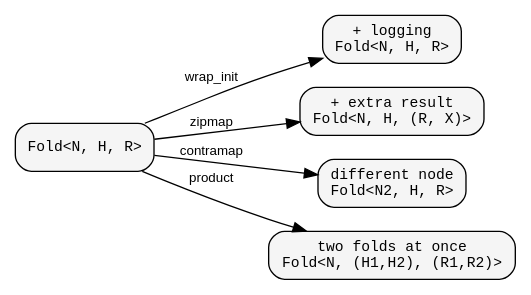
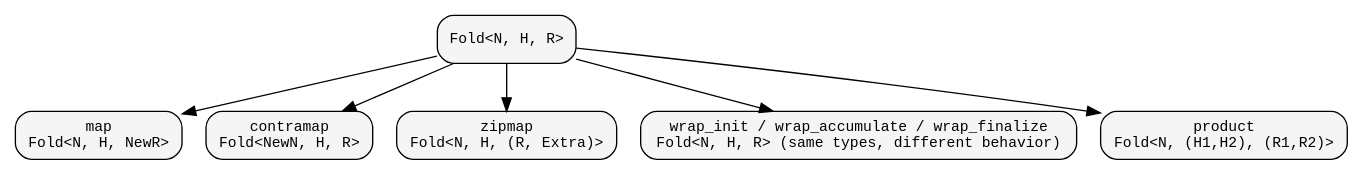
Before and after one commit to hylic-recursion/hylic-docs: the first of 2 diagrams in book/src/concepts/transforms.md, drawn with Graphviz. The commit also changed other lines of this file and 7 other files, not shown here.

````diff
--- a/book/src/concepts/transforms.md
+++ b/book/src/concepts/transforms.md
@@ -13,18 +16,16 @@
 ```dot process
 digraph {
-    rankdir=LR;
+    rankdir=TB;
     node [shape=box, style="rounded,filled", fillcolor="#f5f5f5", fontname="monospace", fontsize=11];
     edge [fontname="sans-serif", fontsize=10];
 
-    F1 [label="Fold<N, H, R>"];
-    F2 [label="+ logging\nFold<N, H, R>"];
-    F3 [label="+ extra result\nFold<N, H, (R, X)>"];
-    F4 [label="different node\nFold<N2, H, R>"];
-    F5 [label="two folds at once\nFold<N, (H1,H2), (R1,R2)>"];
+    F [label="Fold<N, H, R>"];
+    F1 [label="map\nFold<N, H, NewR>"];
+    F2 [label="contramap\nFold<NewN, H, R>"];
+    F3 [label="zipmap\nFold<N, H, (R, Extra)>"];
+    F4 [label="wrap_init / wrap_accumulate / wrap_finalize\nFold<N, H, R> (same types, different behavior)"];
+    F5 [label="product\nFold<N, (H1,H2), (R1,R2)>"];
 
-    F1 -> F2 [label="wrap_init"];
-    F1 -> F3 [label="zipmap"];
-    F1 -> F4 [label="contramap"];
-    F1 -> F5 [label="product"];
+    F -> F1; F -> F2; F -> F3; F -> F4; F -> F5;
 }
 ```
````
